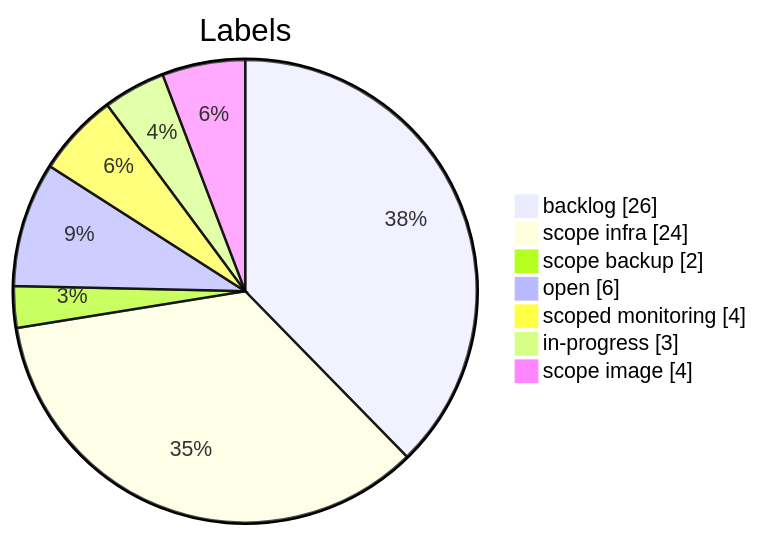
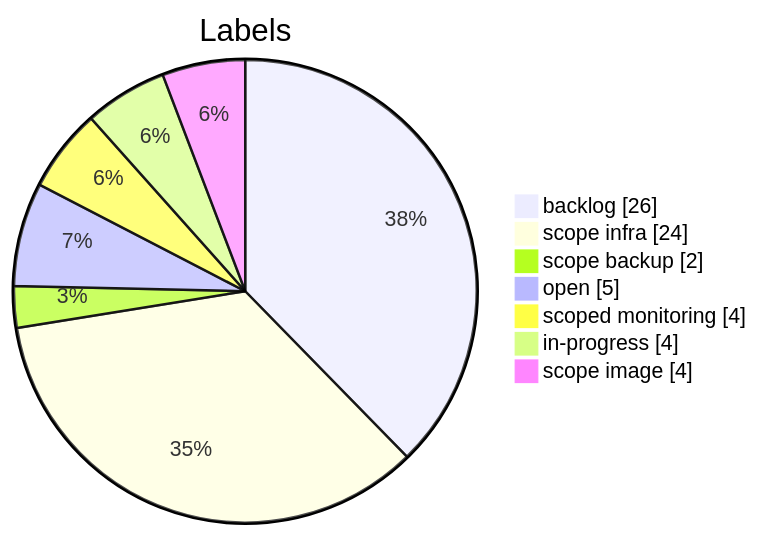
One commit to Gooseppr/GevOps_LC changed the fourth of 5 diagrams in modules/M40.projet-test.md. Above: the diagram before and after it, drawn with Mermaid. The commit also changed other lines of this file, not shown here.

````diff
--- a/modules/M40.projet-test.md
+++ b/modules/M40.projet-test.md
@@ -64,11 +59,11 @@
 ```mermaid
 pie showData
     title Labels
     "backlog" : 26
     "scope  infra" : 24
     "scope  backup" : 2
-    "open" : 6
+    "open" : 5
     "scoped  monitoring" : 4
-    "in-progress" : 3
+    "in-progress" : 4
     "scope  image" : 4
 ```
````
